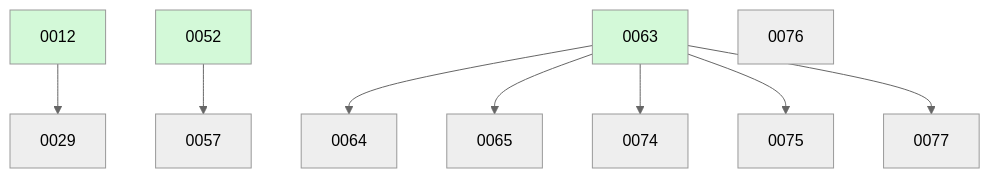
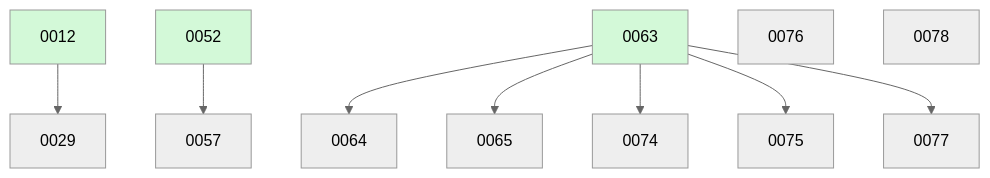
Before and after one commit to ethanhinson/fuse: the diagram in docs/changes/BOARD.md, drawn with Mermaid (neutral theme). The commit also changed other lines of this file, not shown here.

````diff
--- a/docs/changes/BOARD.md
+++ b/docs/changes/BOARD.md
@@ -23,15 +29,16 @@
 ```mermaid
 graph TD
   0012 --> 0029
   0052 --> 0057
   0063 --> 0064
   0063 --> 0065
   0063 --> 0074
   0063 --> 0075
   0076
   0063 --> 0077
+  0078
   0012:::done
   0052:::done
   0063:::done
   classDef done fill:#d3f9d8;
 ```
````
